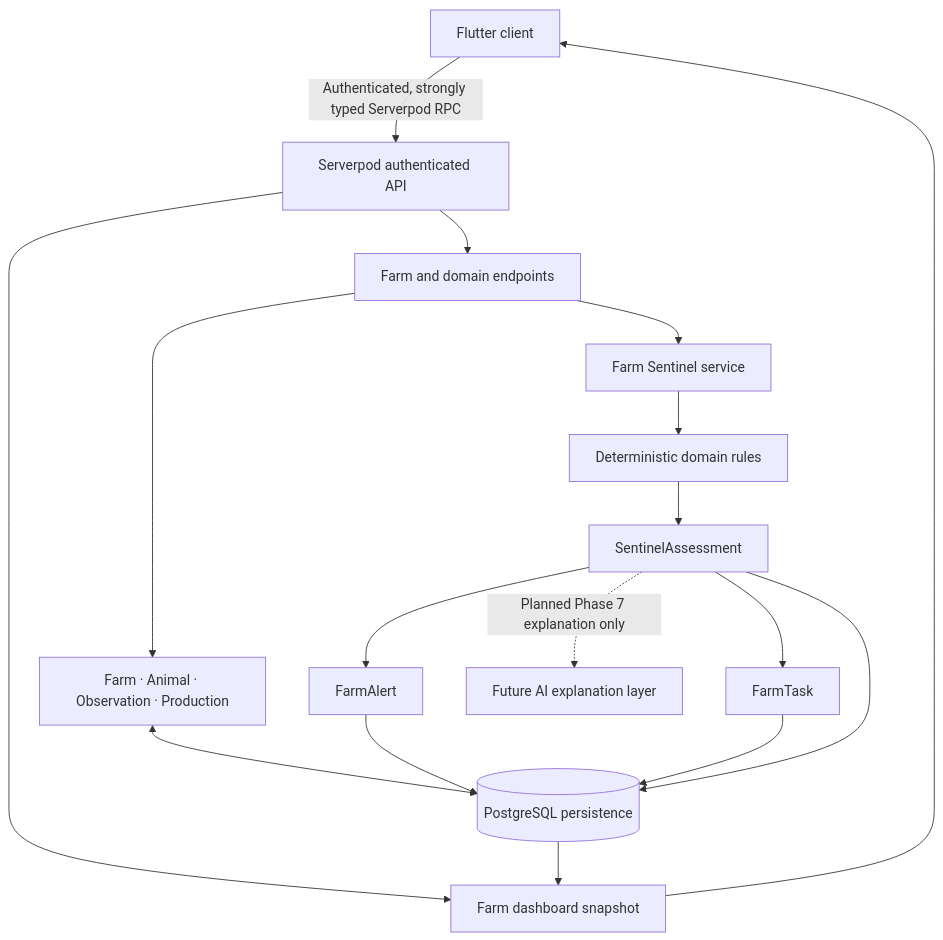
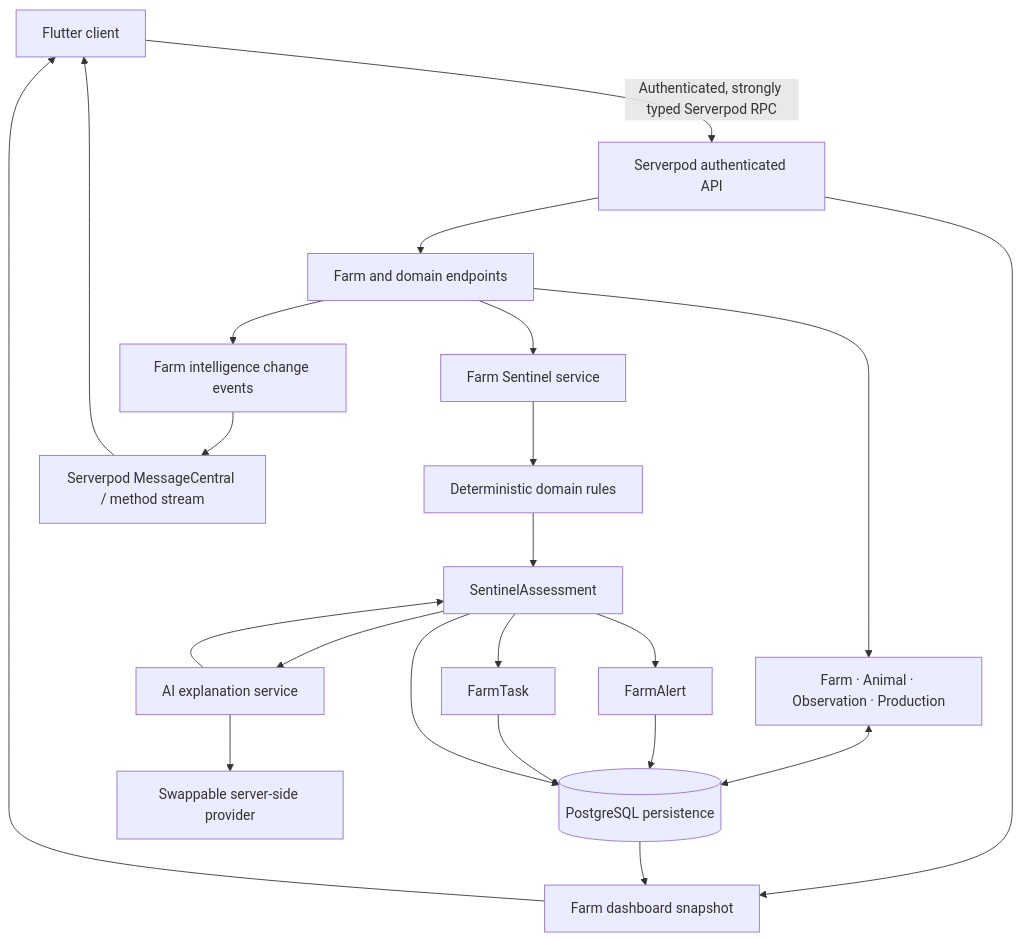
One commit to gethsun1/mavuno changed the second of 2 diagrams in README.md. Above: the diagram before and after it, drawn with Mermaid. The commit also changed other lines of this file and 34 other files, not shown here.

Commit message:
feat: add realtime farm intelligence updates

````diff
--- a/README.md
+++ b/README.md
@@ -101,19 +101,24 @@
 ```mermaid
 flowchart TB
   Flutter["Flutter client"] -->|"Authenticated, strongly typed Serverpod RPC"| API["Serverpod authenticated API"]
   API --> Endpoints["Farm and domain endpoints"]
   Endpoints --> Records["Farm · Animal · Observation · Production"]
   Records <--> DB[("PostgreSQL persistence")]
   Endpoints --> Sentinel["Farm Sentinel service"]
   Sentinel --> Rules["Deterministic domain rules"]
   Rules --> Assessment["SentinelAssessment"]
+  Assessment --> Explanation["AI explanation service"]
+  Explanation --> Provider["Swappable server-side provider"]
+  Explanation --> Assessment
   Assessment --> Alert["FarmAlert"]
   Assessment --> Task["FarmTask"]
   Alert --> DB
   Task --> DB
   Assessment --> DB
   API --> Dashboard["Farm dashboard snapshot"]
   DB --> Dashboard
   Dashboard --> Flutter
-  Assessment -. "Planned Phase 7 explanation only" .-> AI["Future AI explanation layer"]
+  Endpoints --> Intelligence["Farm intelligence change events"]
+  Intelligence --> MessageCentral["Serverpod MessageCentral / method stream"]
+  MessageCentral --> Flutter
 ```
````
